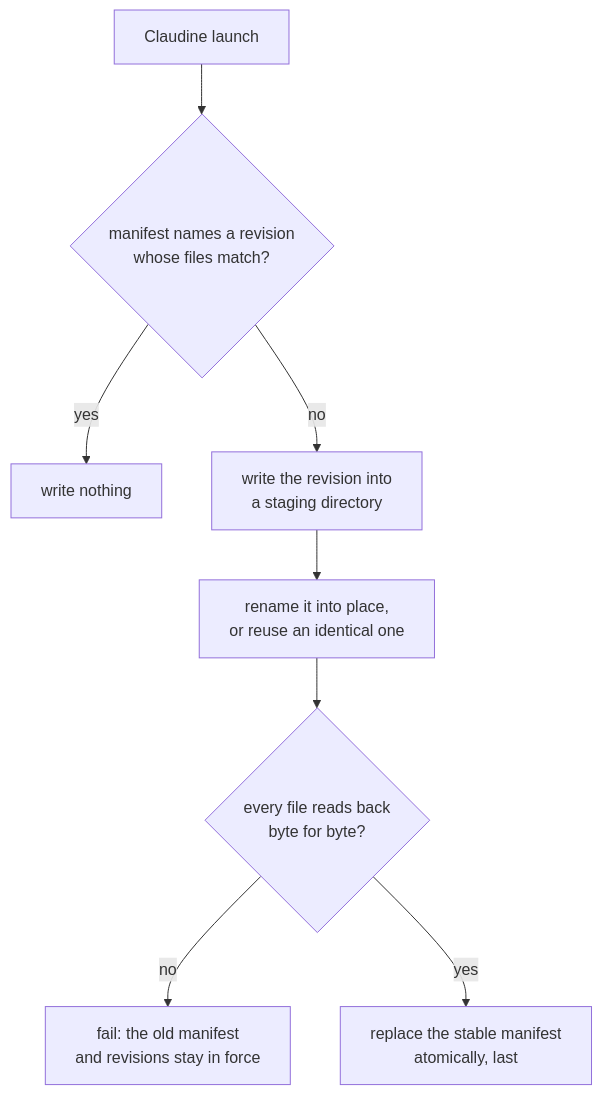
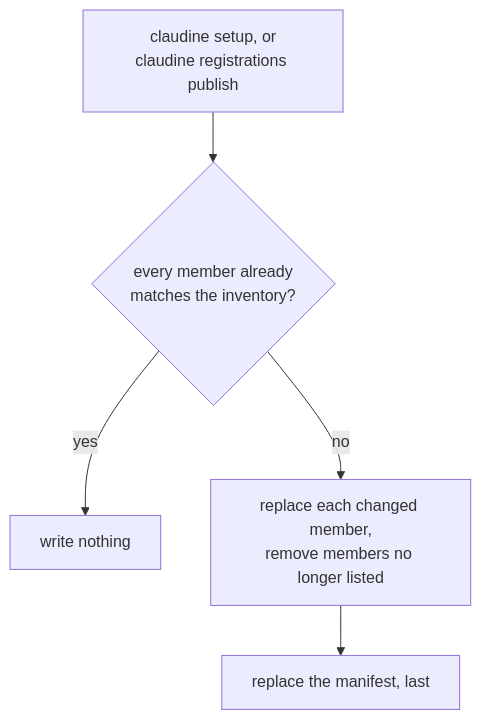
The second of 2 diagrams in darkmatter/docs/topics/lifecycle/host-artifact.md (yankeeinlondon/rusty-biscuit), drawn with Mermaid before and after one commit. The commit also changed other lines of this file and 11 other files, not shown here.

````diff
--- a/darkmatter/docs/topics/lifecycle/host-artifact.md
+++ b/darkmatter/docs/topics/lifecycle/host-artifact.md
@@ -97,10 +88,7 @@
 ```mermaid
 flowchart TD
-    L[Claudine launch] --> C{manifest names a revision<br/>whose files match?}
+    P[claudine setup, or<br/>claudine registrations publish] --> C{every member already<br/>matches the inventory?}
     C -- yes --> N[write nothing]
-    C -- no --> S[write the revision into<br/>a staging directory]
-    S --> R[rename it into place,<br/>or reuse an identical one]
-    R --> V{every file reads back<br/>byte for byte?}
-    V -- no --> F[fail: the old manifest<br/>and revisions stay in force]
-    V -- yes --> M[replace the stable manifest<br/>atomically, last]
+    C -- no --> W[replace each changed member,<br/>remove members no longer listed]
+    W --> M[replace the manifest, last]
 ```
````
